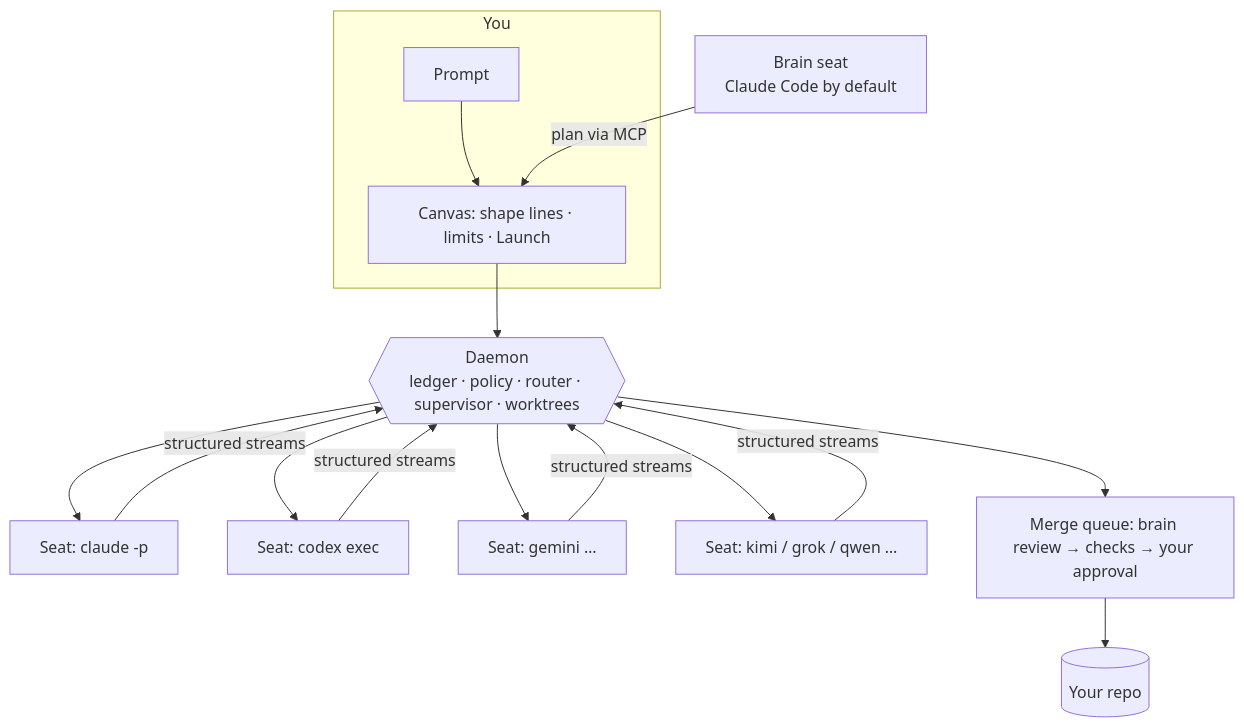
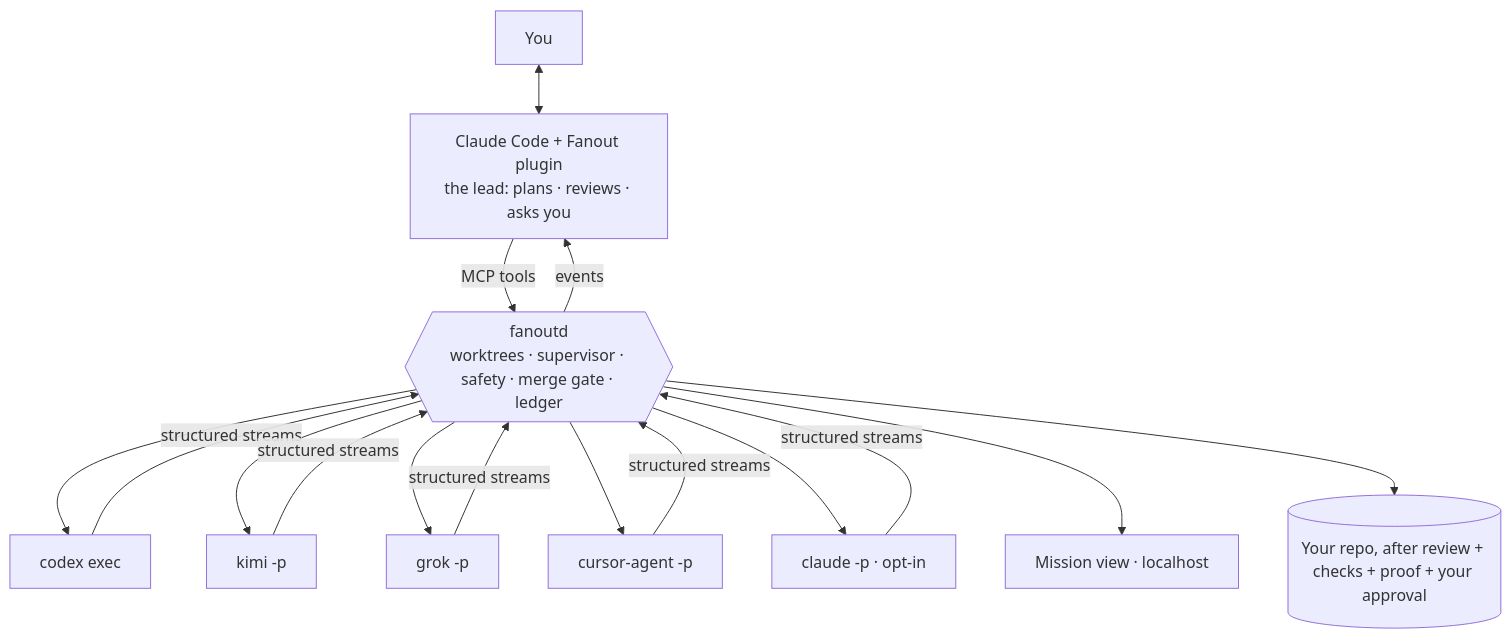
One commit to elberacasa/fanout changed the diagram in README.md. Above: the diagram before and after it, drawn with Mermaid. The commit also changed other lines of this file and 8 other files, not shown here.

First line of the commit message:
docs(repo): reset the design around Claude Code as the lead

````diff
--- a/README.md
+++ b/README.md
@@ -41,12 +38,10 @@
 ```mermaid
 flowchart TB
-    subgraph You
-      P[Prompt] --> C[Canvas: shape lines · limits · Launch]
-    end
-    B[Brain seat<br/>Claude Code by default] -- plan via MCP --> C
-    C --> D{{Daemon<br/>ledger · policy · router · supervisor · worktrees}}
-    D --> S1[Seat: claude -p] & S2[Seat: codex exec] & S3[Seat: gemini …] & S4[Seat: kimi / grok / qwen …]
-    S1 & S2 & S3 & S4 -- structured streams --> D
-    D --> Q[Merge queue: brain review → checks → your approval]
-    Q --> R[(Your repo)]
+    U[You] <--> L[Claude Code + Fanout plugin<br/>the lead: plans · reviews · asks you]
+    L -- MCP tools --> D{{fanoutd<br/>worktrees · supervisor · safety · merge gate · ledger}}
+    D -- events --> L
+    D --> S1[codex exec] & S2[kimi -p] & S3[grok -p] & S4[cursor-agent -p] & S5[claude -p · opt-in]
+    S1 & S2 & S3 & S4 & S5 -- structured streams --> D
+    D --> V[Mission view · localhost]
+    D --> R[(Your repo, after review + checks + proof + your approval)]
 ```
````
